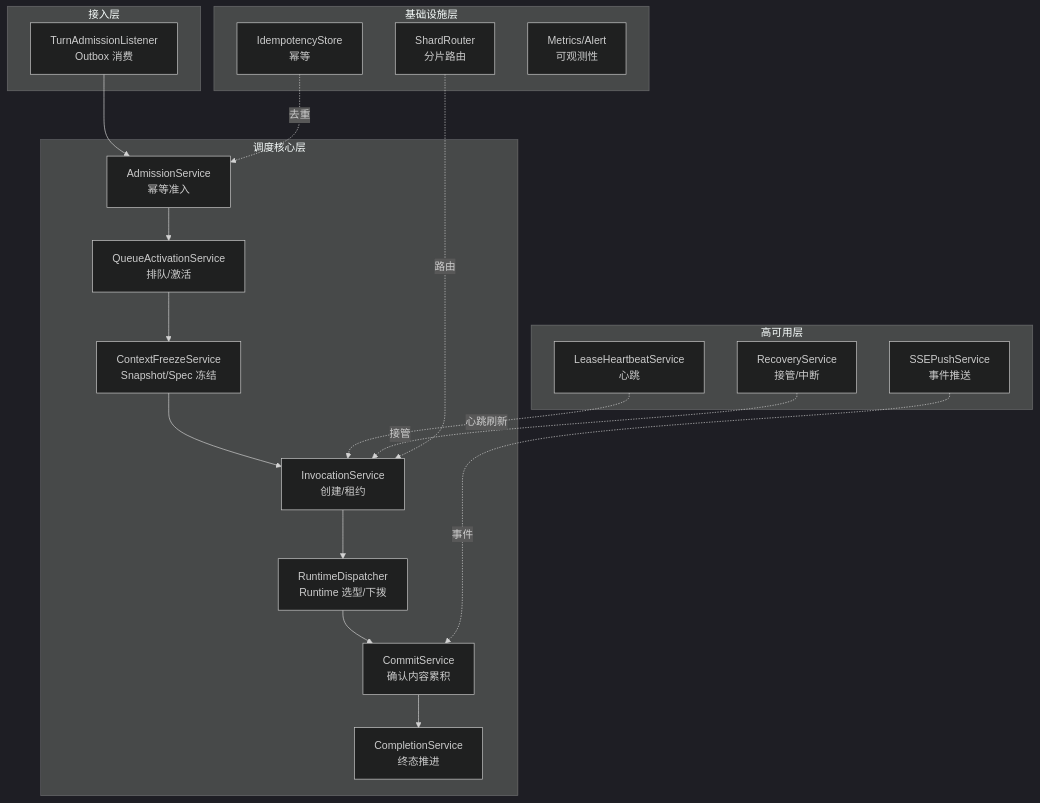
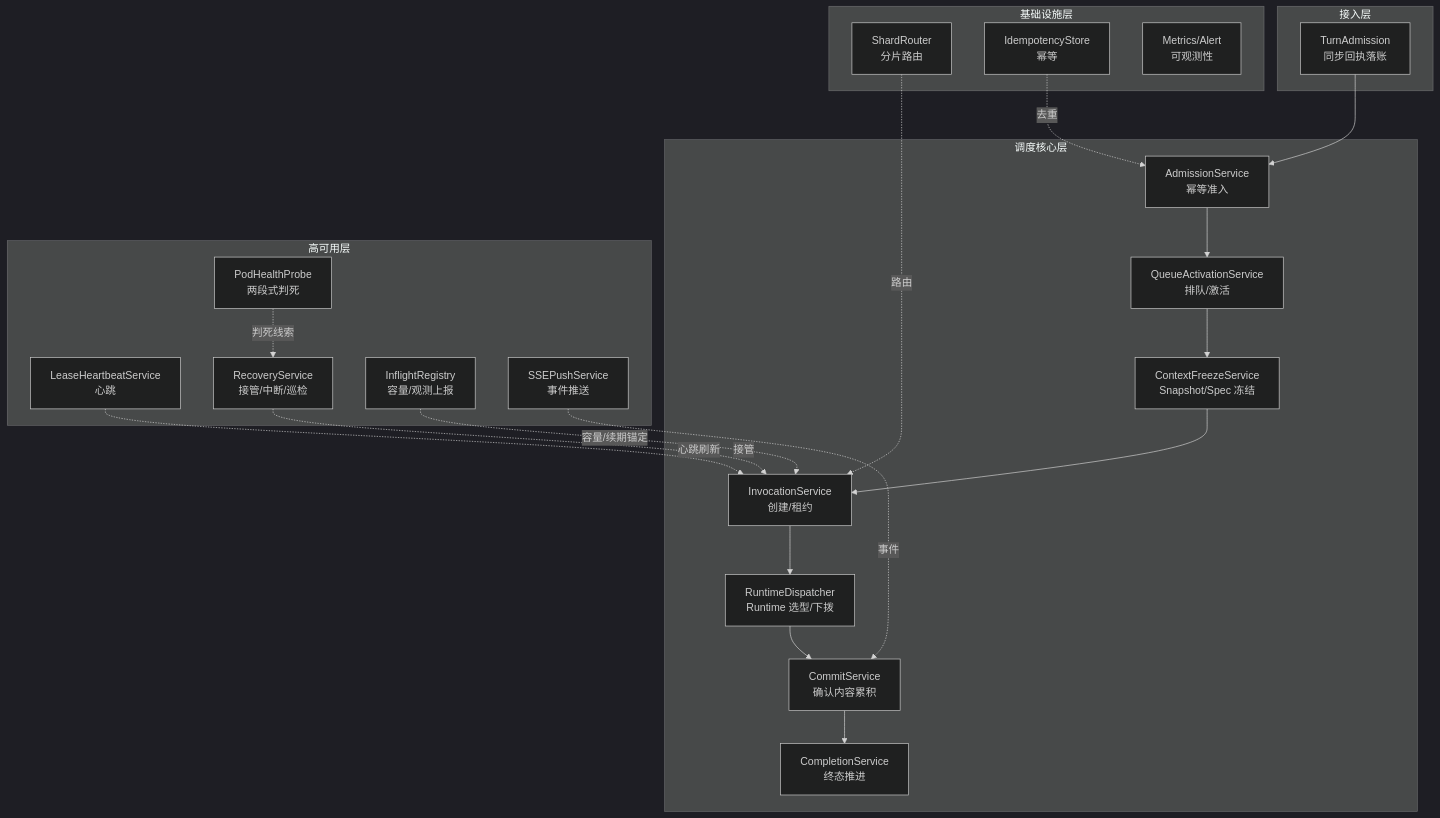
The fourth of 7 diagrams in design/turn-scheduler-hld.md (JamesLi-NLP/AgentGateway), drawn with Mermaid (dark theme) before and after one commit. The commit also changed other lines of this file and 13 other files, not shown here.

````diff
--- a/design/turn-scheduler-hld.md
+++ b/design/turn-scheduler-hld.md
@@ -227,32 +226,36 @@
 ```mermaid
 flowchart TB
     subgraph API[接入层]
-        M0[TurnAdmissionListener<br/>Outbox 消费]
+        M0[TurnAdmission<br/>同步回执落账]
     end
     subgraph Core[调度核心层]
         M1[AdmissionService<br/>幂等准入]
         M2[QueueActivationService<br/>排队/激活]
         M3[ContextFreezeService<br/>Snapshot/Spec 冻结]
         M4[InvocationService<br/>创建/租约]
         M5[RuntimeDispatcher<br/>Runtime 选型/下拨]
         M6[CommitService<br/>确认内容累积]
         M7[CompletionService<br/>终态推进]
     end
     subgraph HA[高可用层]
         M8[LeaseHeartbeatService<br/>心跳]
-        M9[RecoveryService<br/>接管/中断]
+        M9[RecoveryService<br/>接管/中断/巡检]
+        M14[PodHealthProbe<br/>两段式判死]
+        M15[InflightRegistry<br/>容量/观测上报]
         M10[SSEPushService<br/>事件推送]
     end
     subgraph Infra[基础设施层]
         M11[ShardRouter<br/>分片路由]
         M12[IdempotencyStore<br/>幂等]
         M13[Metrics/Alert<br/>可观测性]
     end
 
     M0 --> M1 --> M2 --> M3 --> M4 --> M5 --> M6 --> M7
     M8 -.心跳刷新.-> M4
     M9 -.接管.-> M4
+    M14 -.判死线索.-> M9
+    M15 -.容量/续期锚定.-> M4
     M10 -.事件.-> M6
     M11 -.路由.-> M4
     M12 -.去重.-> M1
 ```
````
